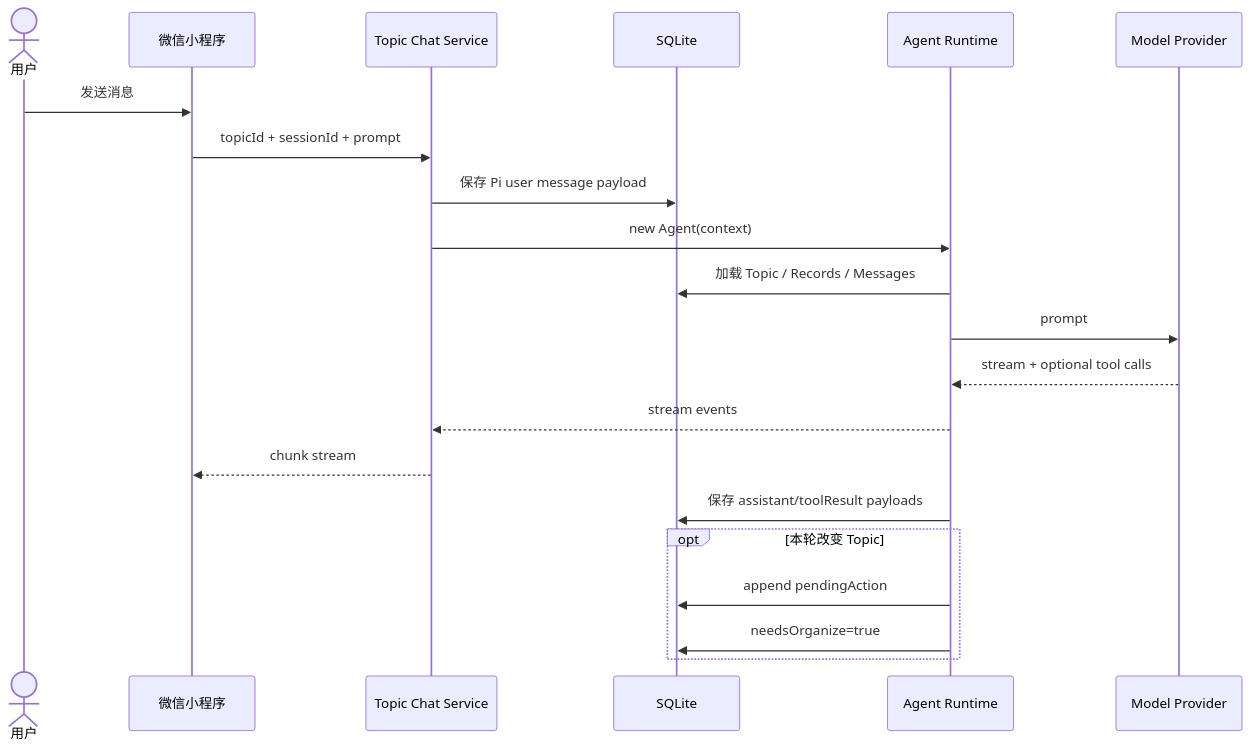
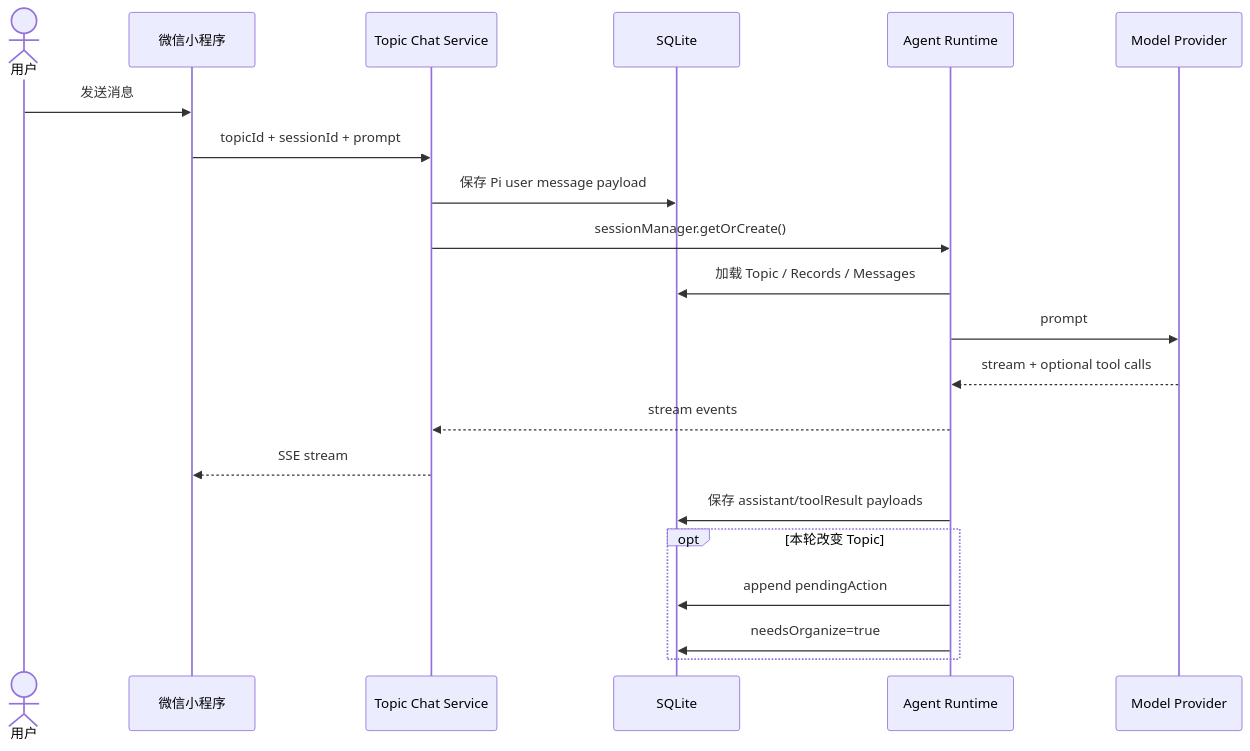
The seventh of 9 diagrams in docs/backend-architecture.md (huiru-wang/eiko), drawn with Mermaid before and after one commit. The commit also changed other lines of this file and 71 other files, not shown here.

````diff
--- a/docs/backend-architecture.md
+++ b/docs/backend-architecture.md
@@ -804,24 +583,24 @@
 ```mermaid
 sequenceDiagram
     actor U as 用户
     participant MP as 微信小程序
     participant API as Topic Chat Service
     participant DB as SQLite
     participant AG as Agent Runtime
     participant LLM as Model Provider
 
     U->>MP: 发送消息
     MP->>API: topicId + sessionId + prompt
     API->>DB: 保存 Pi user message payload
-    API->>AG: new Agent(context)
+    API->>AG: sessionManager.getOrCreate()
     AG->>DB: 加载 Topic / Records / Messages
     AG->>LLM: prompt
     LLM-->>AG: stream + optional tool calls
     AG-->>API: stream events
-    API-->>MP: chunk stream
+    API-->>MP: SSE stream
     AG->>DB: 保存 assistant/toolResult payloads
     opt 本轮改变 Topic
         AG->>DB: append pendingAction
         AG->>DB: needsOrganize=true
     end
 ```
````
